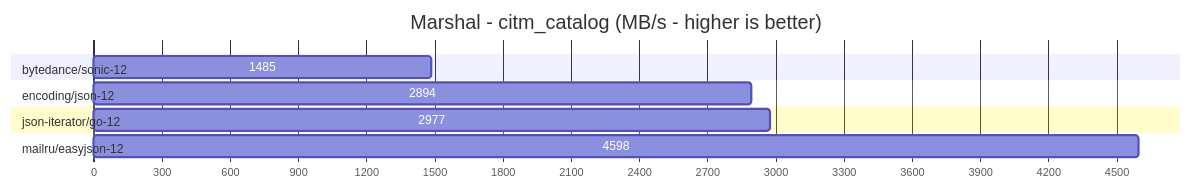
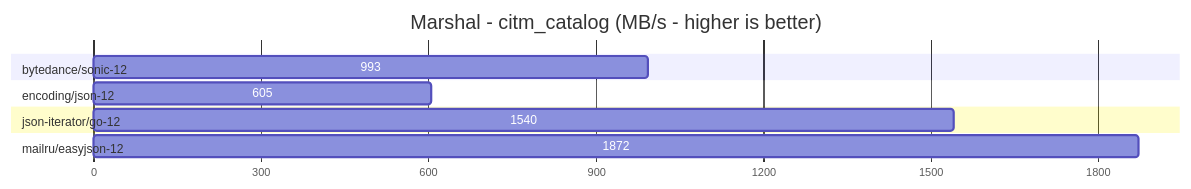
One commit to compashka/json-benchmarks changed the second of 12 diagrams in README.md. Above: the diagram before and after it, drawn with Mermaid. The commit also changed other lines of this file and 23 other files, not shown here.

````diff
--- a/README.md
+++ b/README.md
@@ -27,15 +37,15 @@
 ```mermaid
 gantt
 title Marshal - citm_catalog (MB/s - higher is better)
 dateFormat X
 axisFormat %s
 
 section bytedance/sonic-12          
-1485 :0, 1485
+993:0,993
 section encoding/json-12            
-2894 :0, 2894
+605:0,605
 section json-iterator/go-12         
-2977 :0, 2977
+1540:0,1540
 section mailru/easyjson-12          
-4598 :0, 4598
+1872:0,1872
 ```
````
